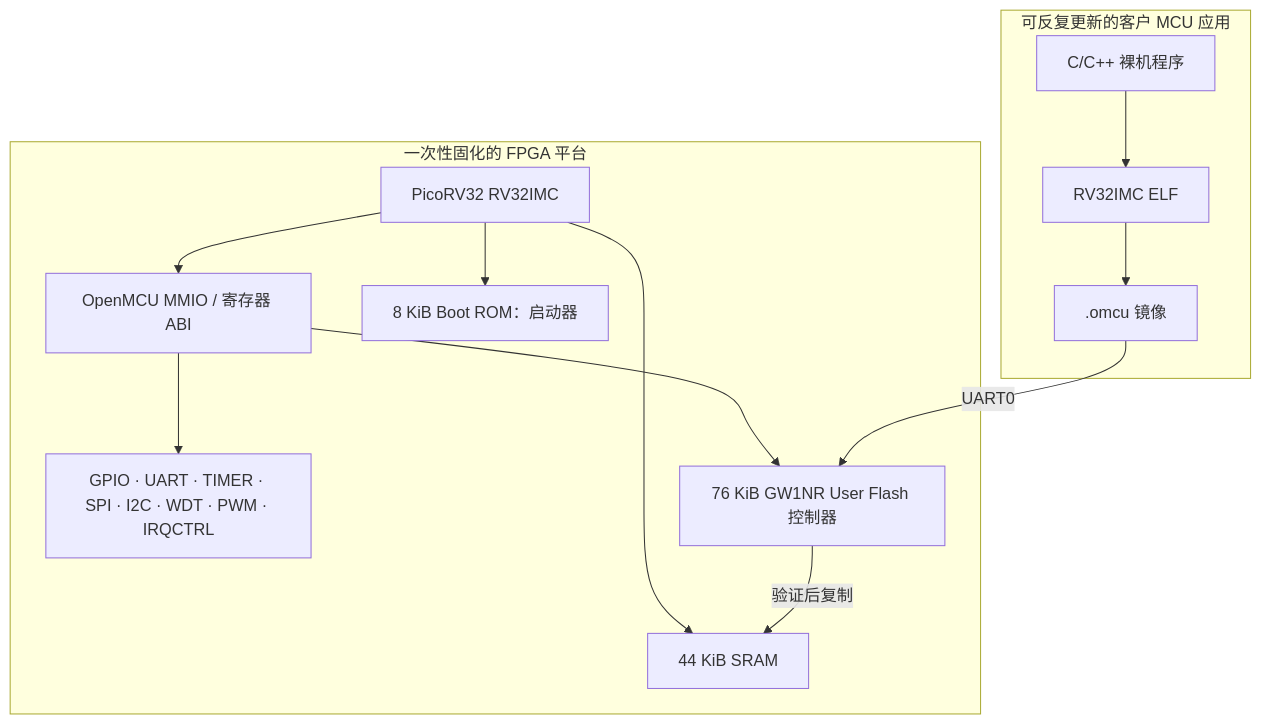
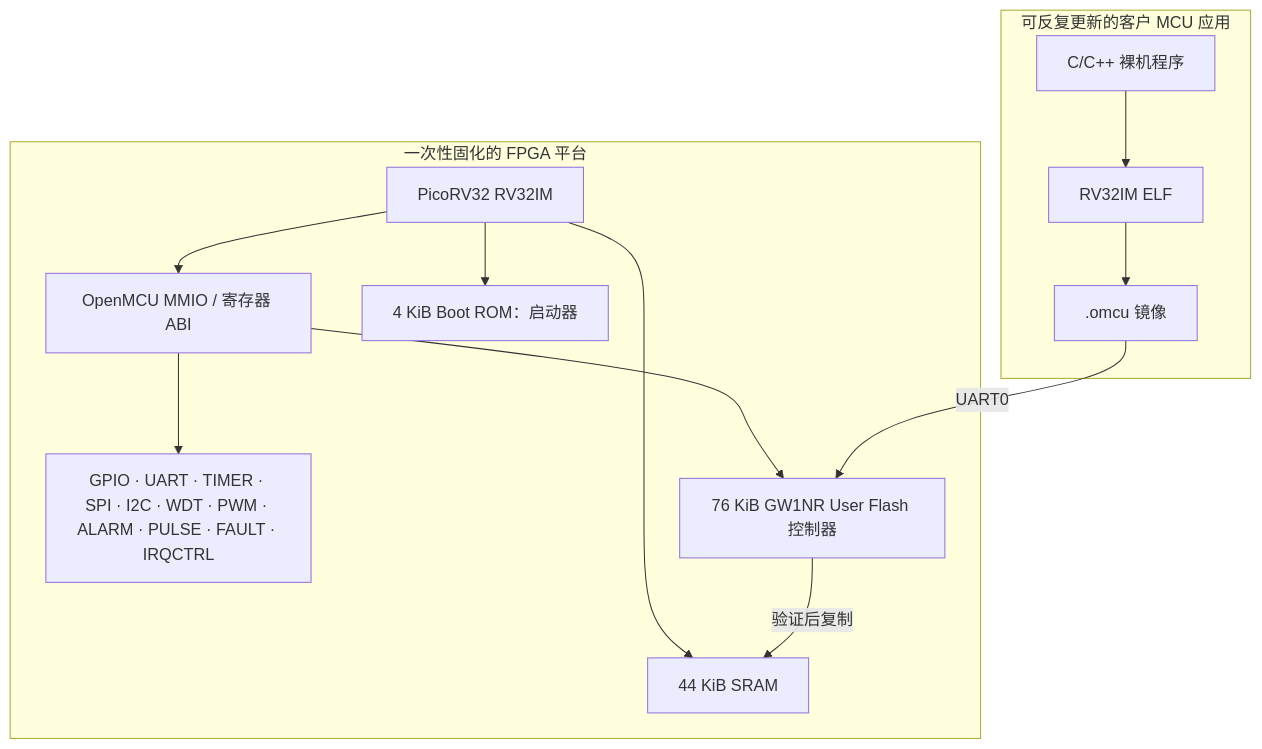
Before and after one commit to tianrking/OpenMCU-TN9K: the first of 2 diagrams in README.md, drawn with Mermaid. The commit also changed other lines of this file and 20 other files, not shown here.

````diff
--- a/README.md
+++ b/README.md
@@ -20,16 +20,16 @@
 ```mermaid
 flowchart TB
   subgraph 平台层[一次性固化的 FPGA 平台]
-    CPU[PicoRV32 RV32IMC] --> MMIO[OpenMCU MMIO / 寄存器 ABI]
-    MMIO --> PERI[GPIO · UART · TIMER · SPI · I2C · WDT · PWM · IRQCTRL]
-    CPU --> ROM[8 KiB Boot ROM：启动器]
+    CPU[PicoRV32 RV32IM] --> MMIO[OpenMCU MMIO / 寄存器 ABI]
+    MMIO --> PERI[GPIO · UART · TIMER · SPI · I2C · WDT · PWM · ALARM · PULSE · FAULT · IRQCTRL]
+    CPU --> ROM[4 KiB Boot ROM：启动器]
     CPU --> RAM[44 KiB SRAM]
     MMIO --> UF[76 KiB GW1NR User Flash 控制器]
   end
   subgraph 客户层[可反复更新的客户 MCU 应用]
-    APP[C/C++ 裸机程序] --> ELF[RV32IMC ELF]
+    APP[C/C++ 裸机程序] --> ELF[RV32IM ELF]
     ELF --> IMG[.omcu 镜像]
     IMG -->|UART0| UF
     UF -->|验证后复制| RAM
   end
 ```
````
